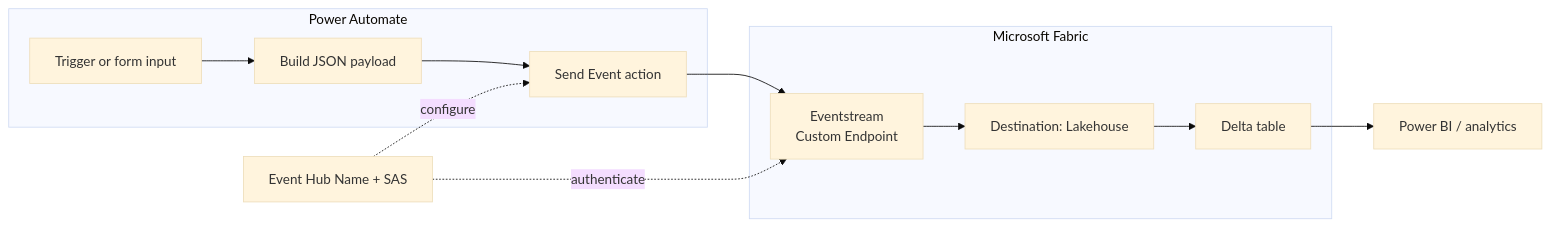
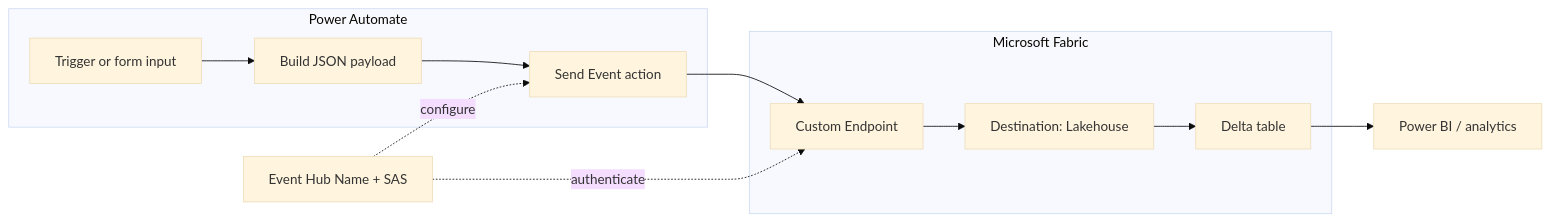
Before and after one commit to punyaa18/Power-Automate-to-Microsoft-Fabric-integration: the diagram in README.md, drawn with Mermaid (base theme).

Commit message:
Simplify label

````diff
--- a/README.md
+++ b/README.md
@@ -16,21 +16,21 @@
 ```mermaid
 flowchart LR
   subgraph PA[Power Automate]
     A1[Trigger or form input] --> A2[Build JSON payload]
     A2 --> A3[Send Event action]
   end
 
   subgraph FAB[Microsoft Fabric]
-    B1[Eventstream\nCustom Endpoint]
+    B1[Custom Endpoint]
     B2[Destination: Lakehouse]
     B3[Delta table]
   end
 
   A3 --> B1
   B1 --> B2 --> B3
 
   C1[Event Hub Name + SAS] -. configure .-> A3
   C1 -. authenticate .-> B1
 
   B3 --> D1[Power BI / analytics]
 ```
````
